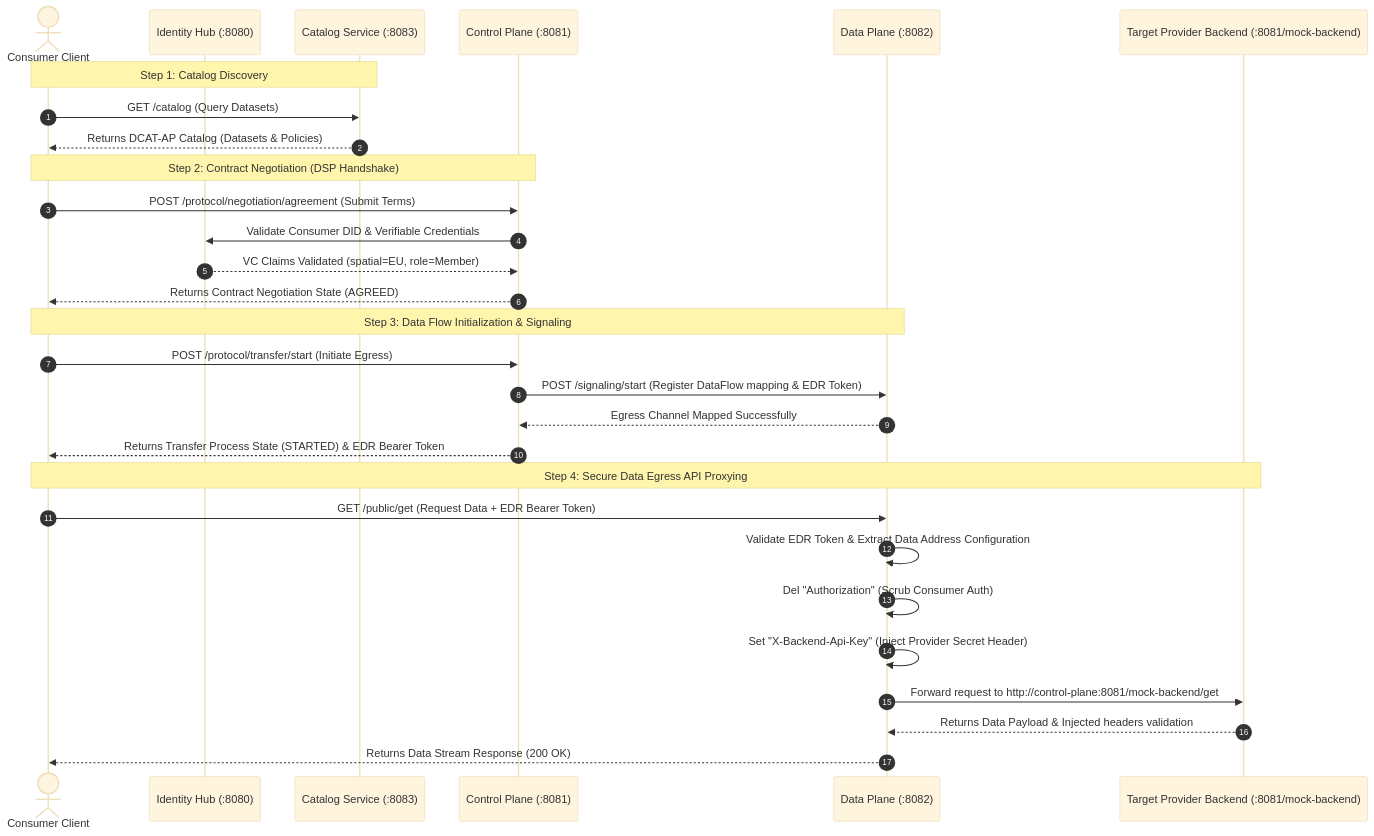
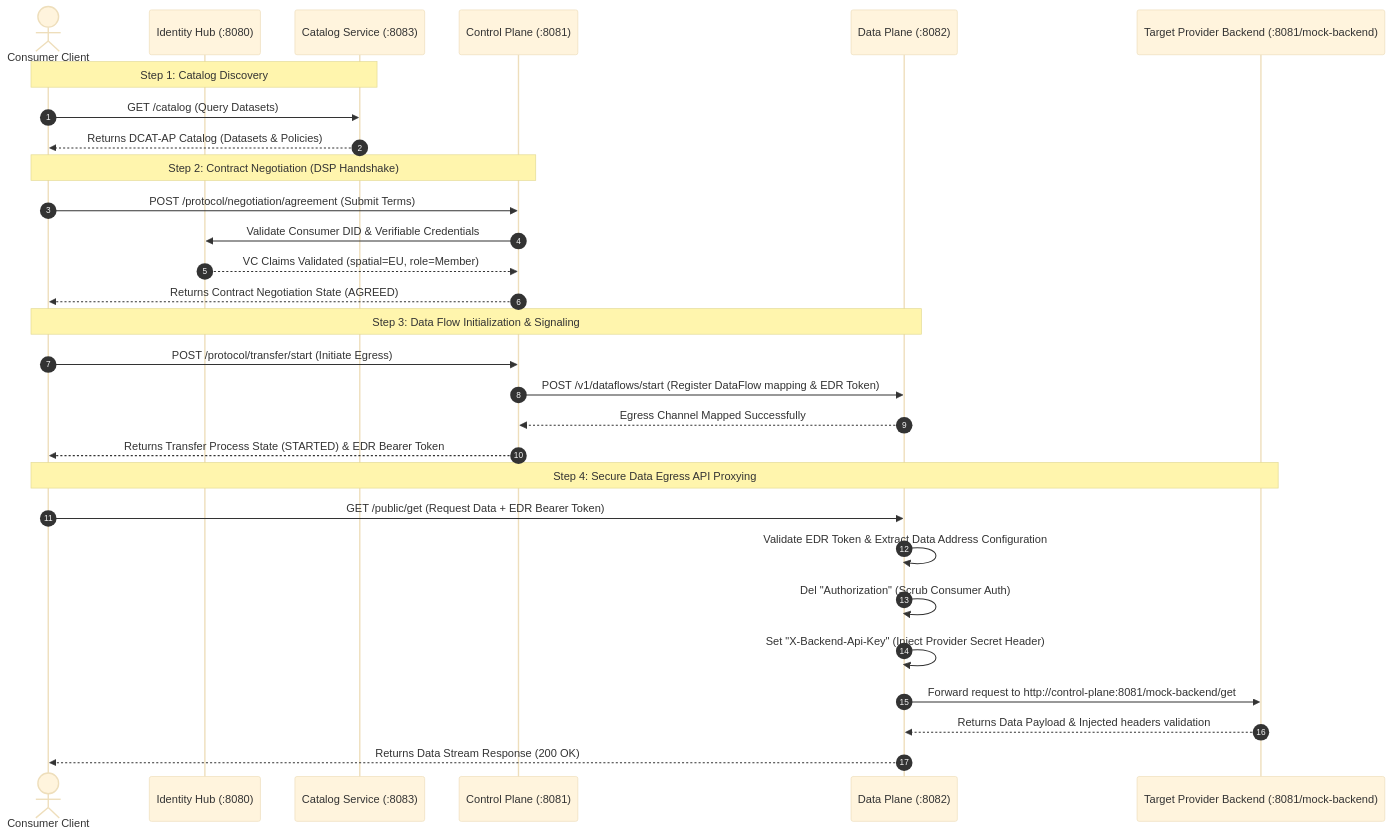
Before and after one commit to afinana/go-dataspace-components: the diagram in README.md, drawn with Mermaid (base theme). The commit also changed other lines of this file and 16 other files, not shown here.

````diff
--- a/README.md
+++ b/README.md
@@ -44,35 +44,35 @@
 ```mermaid
 sequenceDiagram
     autonumber
     actor Consumer as Consumer Client
     participant ID as Identity Hub (:8080)
     participant Cat as Catalog Service (:8083)
     participant CP as Control Plane (:8081)
     participant DP as Data Plane (:8082)
     participant BE as Target Provider Backend (:8081/mock-backend)
 
     Note over Consumer, Cat: Step 1: Catalog Discovery
     Consumer->>Cat: GET /catalog (Query Datasets)
     Cat-->>Consumer: Returns DCAT-AP Catalog (Datasets & Policies)
 
     Note over Consumer, CP: Step 2: Contract Negotiation (DSP Handshake)
     Consumer->>CP: POST /protocol/negotiation/agreement (Submit Terms)
     CP->>ID: Validate Consumer DID & Verifiable Credentials
     ID-->>CP: VC Claims Validated (spatial=EU, role=Member)
     CP-->>Consumer: Returns Contract Negotiation State (AGREED)
 
     Note over Consumer, DP: Step 3: Data Flow Initialization & Signaling
     Consumer->>CP: POST /protocol/transfer/start (Initiate Egress)
-    CP->>DP: POST /signaling/start (Register DataFlow mapping & EDR Token)
+    CP->>DP: POST /v1/dataflows/start (Register DataFlow mapping & EDR Token)
     DP-->>CP: Egress Channel Mapped Successfully
     CP-->>Consumer: Returns Transfer Process State (STARTED) & EDR Bearer Token
 
     Note over Consumer, BE: Step 4: Secure Data Egress API Proxying
     Consumer->>DP: GET /public/get (Request Data + EDR Bearer Token)
     DP->>DP: Validate EDR Token & Extract Data Address Configuration
     DP->>DP: Del "Authorization" (Scrub Consumer Auth)
     DP->>DP: Set "X-Backend-Api-Key" (Inject Provider Secret Header)
     DP->>BE: Forward request to http://control-plane:8081/mock-backend/get
     BE-->>DP: Returns Data Payload & Injected headers validation
     DP-->>Consumer: Returns Data Stream Response (200 OK)
 ```
````
